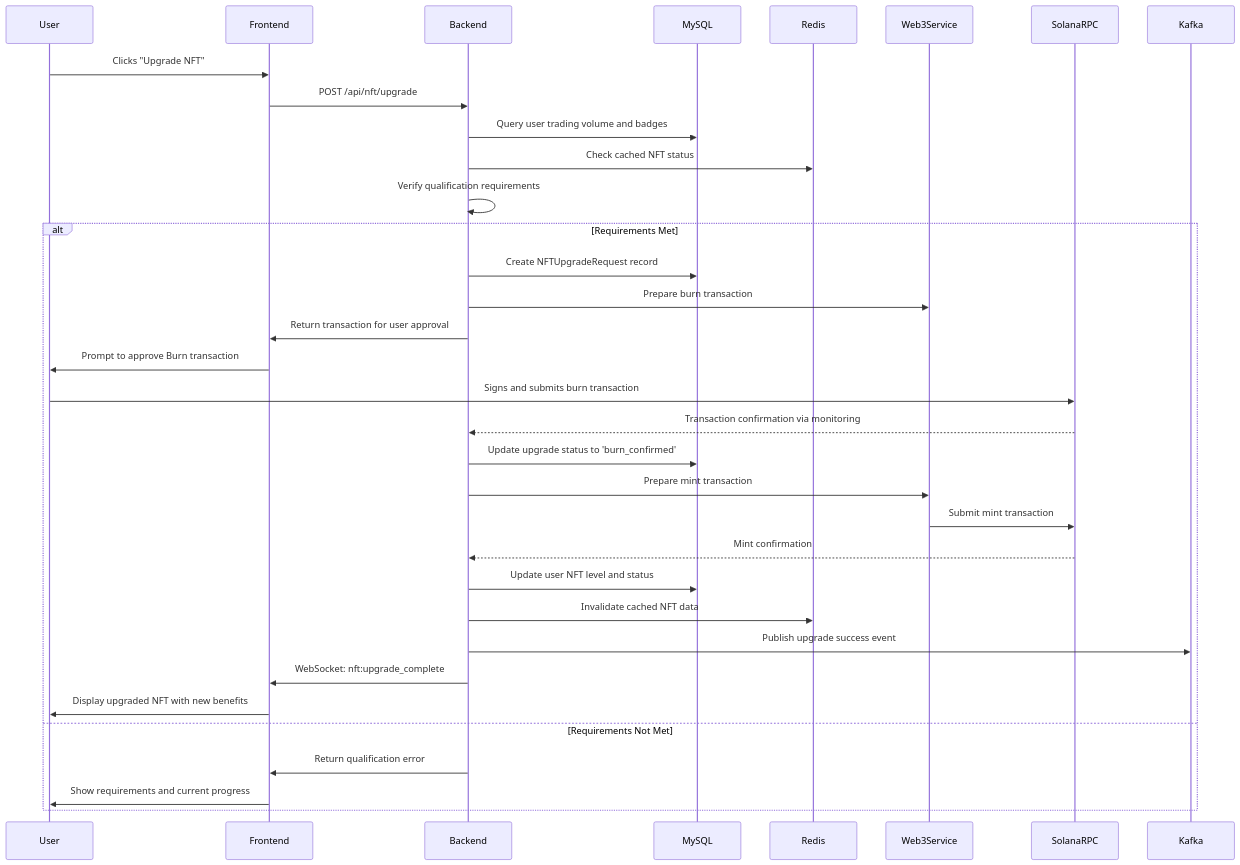
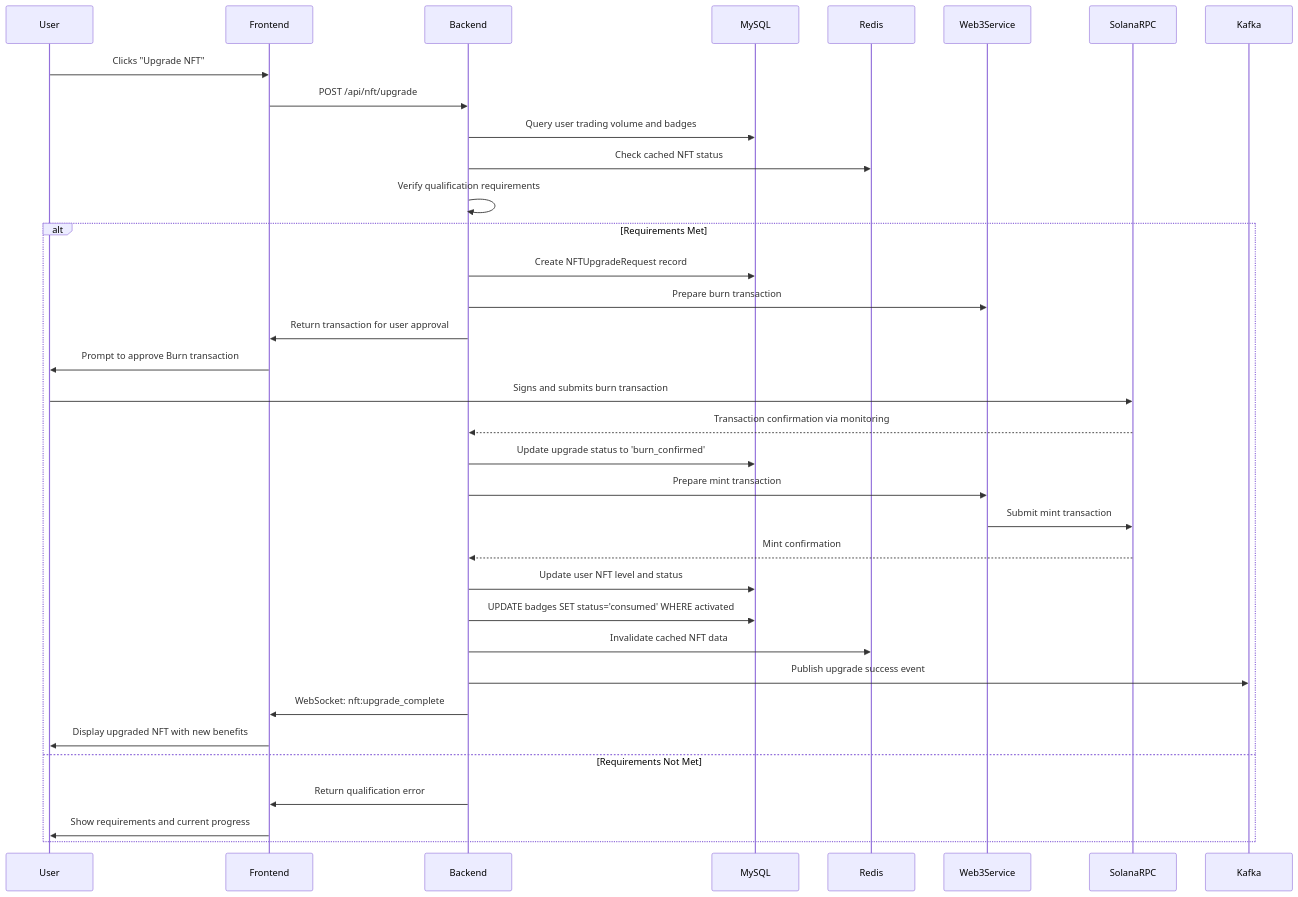
The fourth of 6 diagrams in docs/technical/implementation/Process-Flow-Reference.md (ljg-cqu/aiw3-nft-solana), drawn with Mermaid before and after one commit. The commit also changed other lines of this file and 3 other files, not shown here.

````diff
--- a/docs/technical/implementation/Process-Flow-Reference.md
+++ b/docs/technical/implementation/Process-Flow-Reference.md
@@ -174,38 +216,39 @@
 ```mermaid
 sequenceDiagram
     participant User
     participant Frontend
     participant Backend
     participant MySQL
     participant Redis
     participant Web3Service
     participant SolanaRPC
     participant Kafka
 
     User->>Frontend: Clicks "Upgrade NFT"
     Frontend->>Backend: POST /api/nft/upgrade
     Backend->>MySQL: Query user trading volume and badges
     Backend->>Redis: Check cached NFT status
     Backend->>Backend: Verify qualification requirements
     
     alt Requirements Met
         Backend->>MySQL: Create NFTUpgradeRequest record
         Backend->>Web3Service: Prepare burn transaction
         Backend->>Frontend: Return transaction for user approval
         Frontend->>User: Prompt to approve Burn transaction
         User->>SolanaRPC: Signs and submits burn transaction
         SolanaRPC-->>Backend: Transaction confirmation via monitoring
         Backend->>MySQL: Update upgrade status to 'burn_confirmed'
         Backend->>Web3Service: Prepare mint transaction
         Web3Service->>SolanaRPC: Submit mint transaction
         SolanaRPC-->>Backend: Mint confirmation
         Backend->>MySQL: Update user NFT level and status
+        Backend->>MySQL: UPDATE badges SET status='consumed' WHERE activated
         Backend->>Redis: Invalidate cached NFT data
         Backend->>Kafka: Publish upgrade success event
         Backend->>Frontend: WebSocket: nft:upgrade_complete
         Frontend->>User: Display upgraded NFT with new benefits
     else Requirements Not Met
         Backend->>Frontend: Return qualification error
         Frontend->>User: Show requirements and current progress
     end
 ```
````
